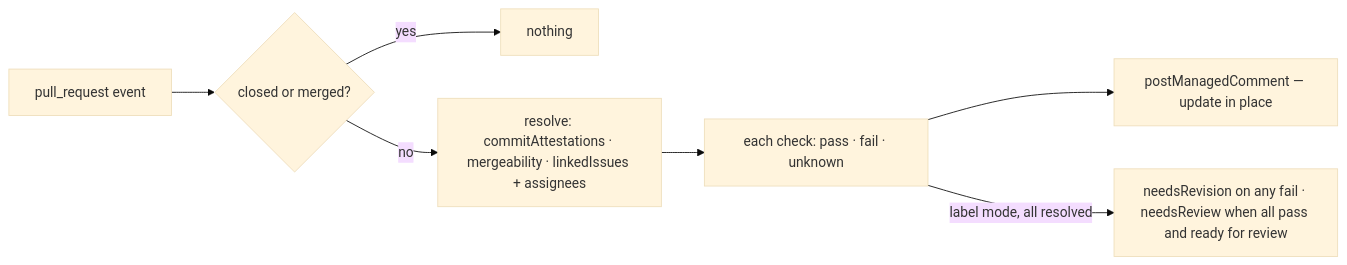
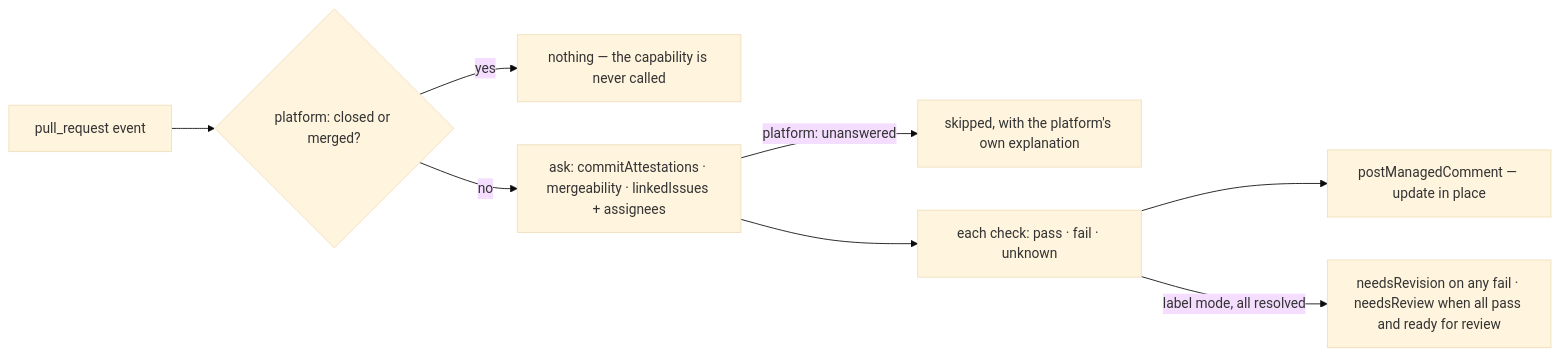
One commit to cheese-cakee/sdk-automations changed the diagram in packages/capabilities/src/prQuality/design.md. Above: the diagram before and after it, drawn with Mermaid (base theme). The commit also changed other lines of this file and 378 other files, not shown here.

````diff
--- a/packages/capabilities/src/prQuality/design.md
+++ b/packages/capabilities/src/prQuality/design.md
@@ -101,9 +101,10 @@
 ```mermaid
 flowchart LR
-    O["pull_request event"] --> CL{"closed or merged?"}
-    CL -->|yes| N0["nothing"]
-    CL -->|no| R["resolve: commitAttestations · mergeability · linkedIssues + assignees"]
+    O["pull_request event"] --> CL{"platform: closed or merged?"}
+    CL -->|yes| N0["nothing — the capability is never called"]
+    CL -->|no| R["ask: commitAttestations · mergeability · linkedIssues + assignees"]
+    R -->|"platform: unanswered"| N1["skipped, with the platform's own explanation"]
     R --> S["each check: pass · fail · unknown"]
     S --> I["postManagedComment — update in place"]
     S -->|"label mode, all resolved"| L["needsRevision on any fail · needsReview when all pass and ready for review"]
 ```
````
